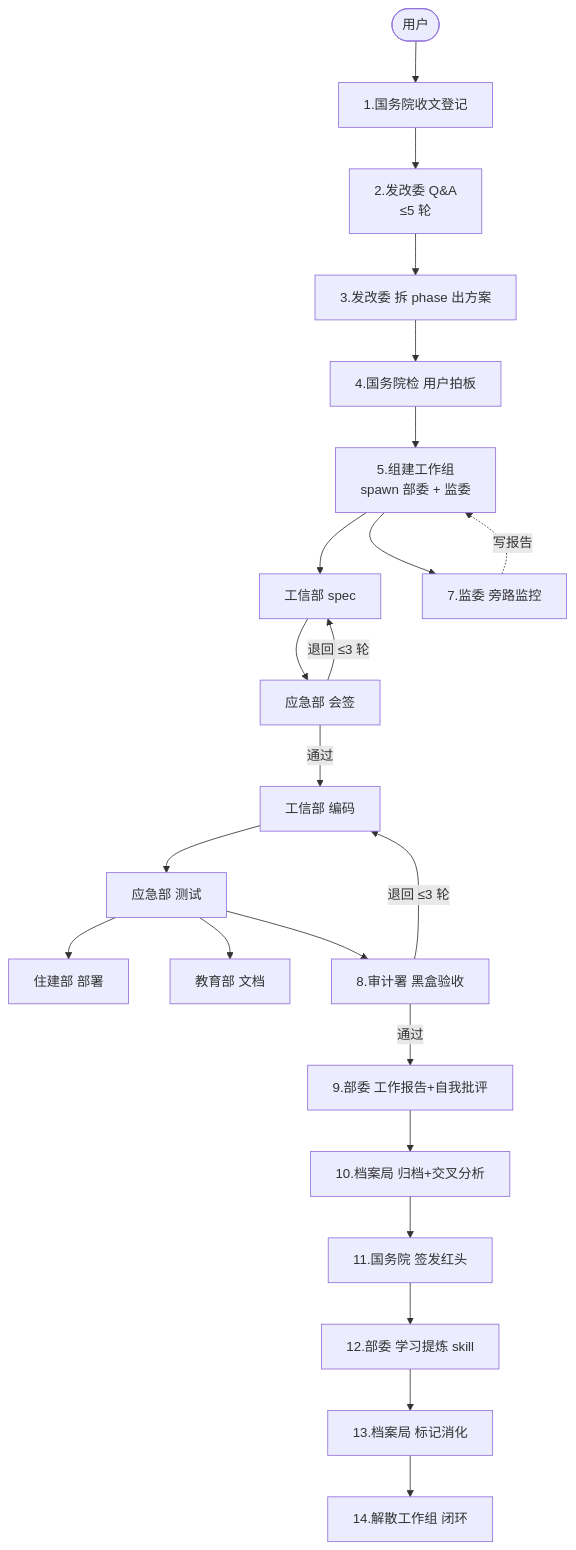
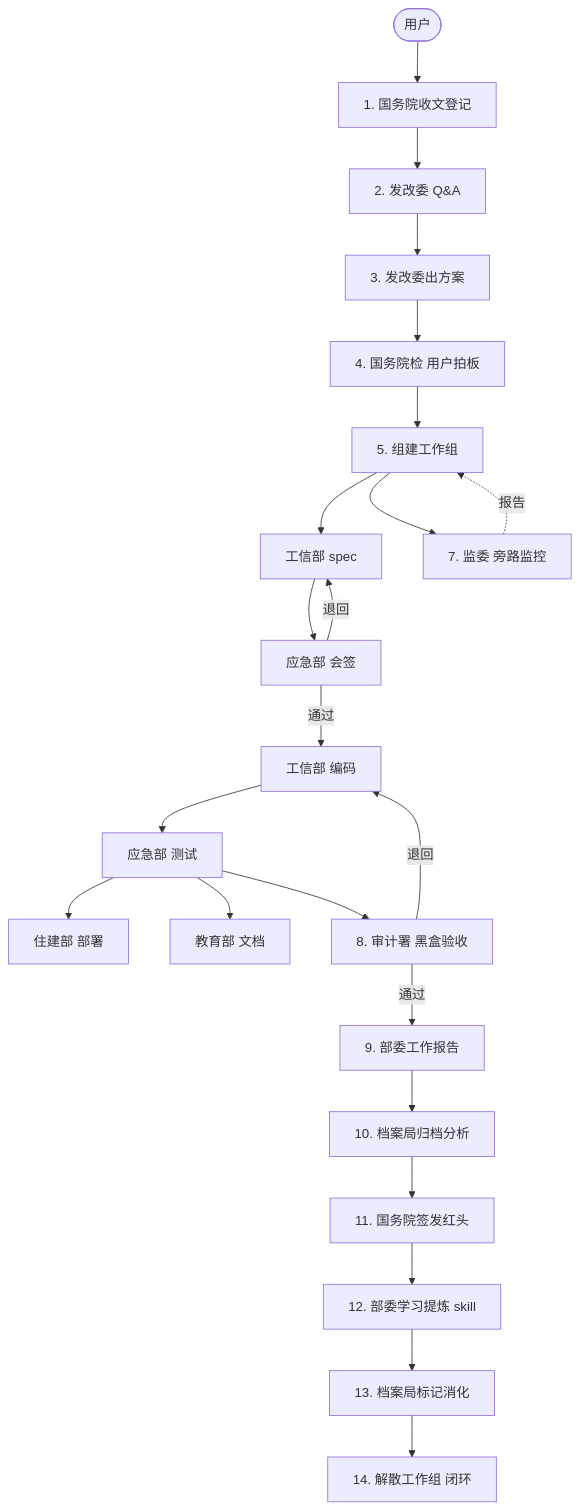
One commit to bomomoQWQ/Serve-the-People changed the diagram in README.md. Above: the diagram before and after it, drawn with Mermaid.

Commit message:
fix: Mermaid 兼容 8.8 — 移除 br 标签

````diff
--- a/README.md
+++ b/README.md
@@ -7,28 +7,25 @@
 ```mermaid
 graph TD
-    U([用户]) --> A[1.国务院收文登记]
-    A --> B[2.发改委 Q&A<br/>≤5 轮]
-    B --> C[3.发改委 拆 phase 出方案]
-    C --> D[4.国务院检 用户拍板]
-    D --> E[5.组建工作组<br/>spawn 部委 + 监委]
-
+    U([用户]) --> A[1. 国务院收文登记]
+    A --> B[2. 发改委 Q&A]
+    B --> C[3. 发改委出方案]
+    C --> D[4. 国务院检 用户拍板]
+    D --> E[5. 组建工作组]
     E --> F1[工信部 spec]
     F1 --> F2[应急部 会签]
-    F2 -->|退回 ≤3 轮| F1
+    F2 -->|退回| F1
     F2 -->|通过| F3[工信部 编码]
     F3 --> F4[应急部 测试]
     F4 --> F5[住建部 部署]
     F4 --> F6[教育部 文档]
-
-    E --> G[7.监委 旁路监控]
-    G -.->|写报告| E
-
-    F4 --> H[8.审计署 黑盒验收]
-    H -->|退回 ≤3 轮| F3
-    H -->|通过| I[9.部委 工作报告+自我批评]
-    I --> J[10.档案局 归档+交叉分析]
-    J --> K[11.国务院 签发红头]
-    K --> L[12.部委 学习提炼 skill]
-    L --> M[13.档案局 标记消化]
-    M --> N[14.解散工作组 闭环]
+    E --> G[7. 监委 旁路监控]
+    G -.->|报告| E
+    F4 --> H[8. 审计署 黑盒验收]
+    H -->|退回| F3
+    H -->|通过| I[9. 部委工作报告]
+    I --> J[10. 档案局归档分析]
+    J --> K[11. 国务院签发红头]
+    K --> L[12. 部委学习提炼 skill]
+    L --> M[13. 档案局标记消化]
+    M --> N[14. 解散工作组 闭环]
 ```
````
